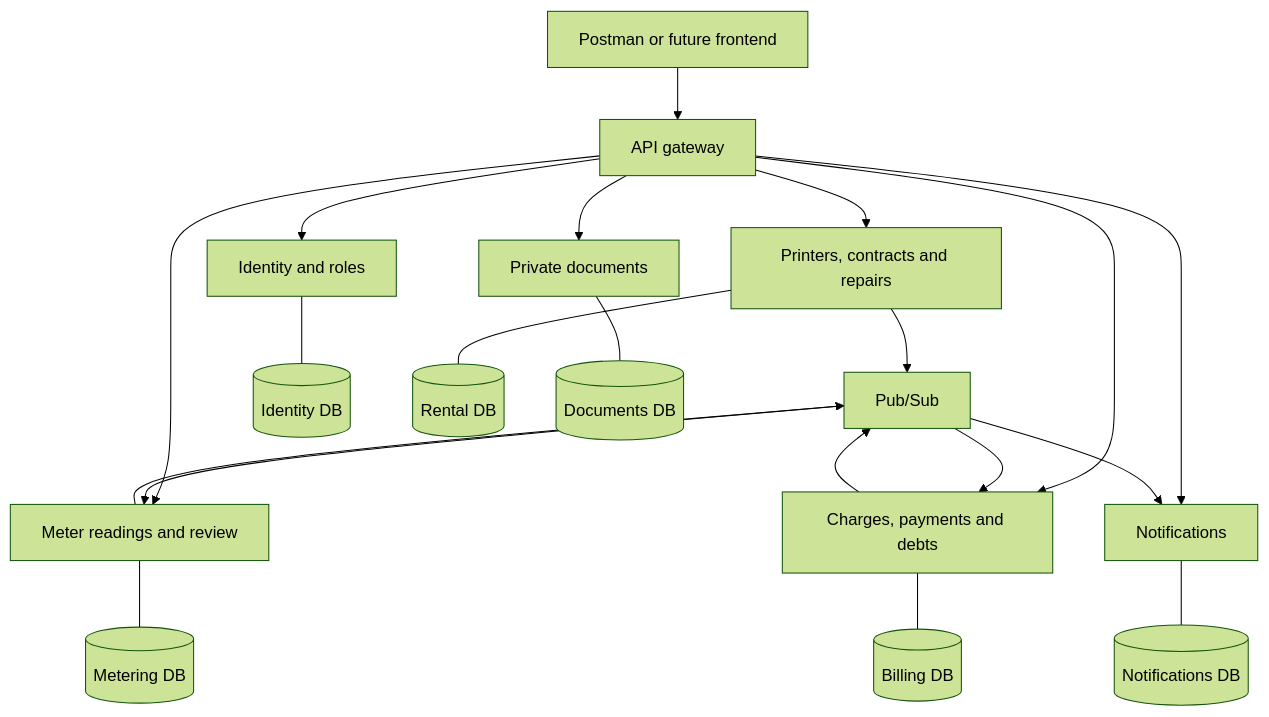
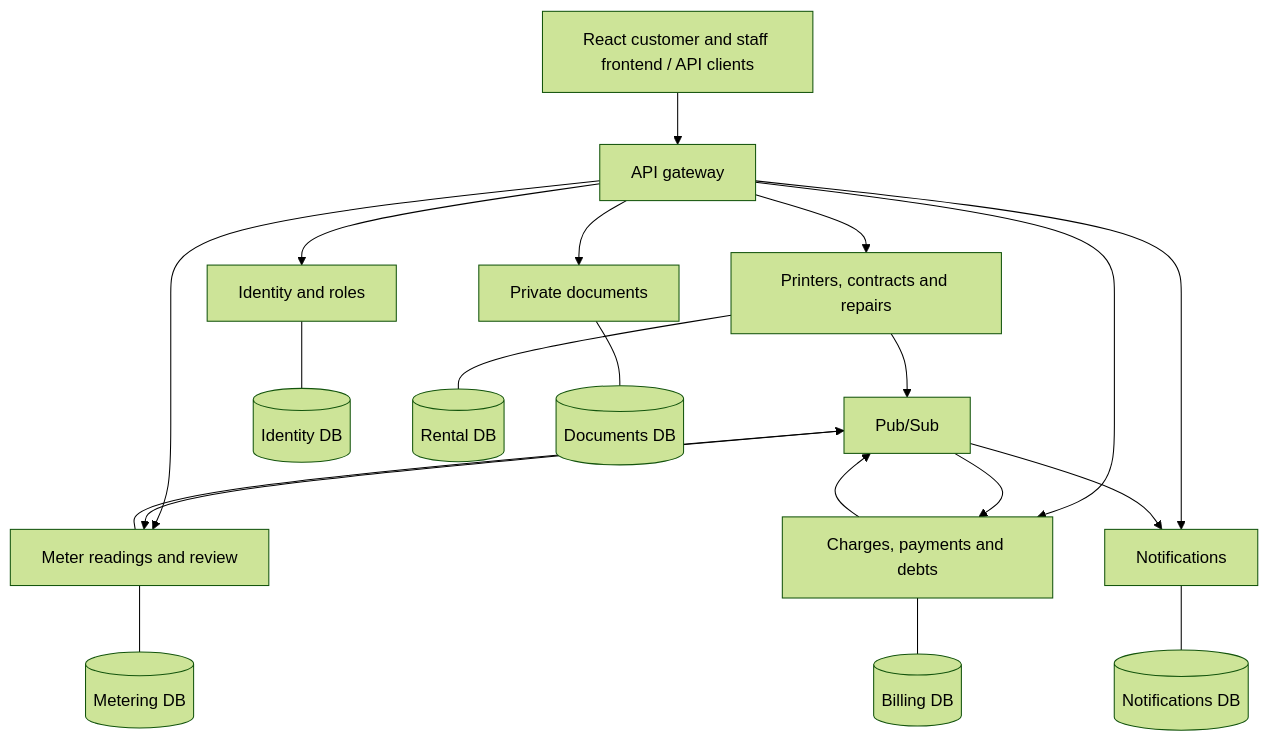
One commit to Printerrenta/PSI-BE-public changed the diagram in README.md. Above: the diagram before and after it, drawn with Mermaid (forest theme). The commit also changed other lines of this file and 1 other file, not shown here.

````diff
--- a/README.md
+++ b/README.md
@@ -18,22 +21,22 @@
 ```mermaid
 flowchart TB
-  Client[Postman or future frontend] --> Gateway[API gateway]
+  Client[React customer and staff frontend / API clients] --> Gateway[API gateway]
   Gateway --> Identity[Identity and roles]
   Gateway --> Rental[Printers, contracts and repairs]
   Gateway --> Documents[Private documents]
   Gateway --> Metering[Meter readings and review]
   Gateway --> Billing[Charges, payments and debts]
   Gateway --> Notifications[Notifications]
   Rental --> Broker[Pub/Sub]
   Metering --> Broker
   Billing --> Broker
   Broker --> Metering
   Broker --> Billing
   Broker --> Notifications
   Identity --- Idb[(Identity DB)]
   Rental --- Rdb[(Rental DB)]
   Documents --- Ddb[(Documents DB)]
   Metering --- Mdb[(Metering DB)]
   Billing --- Bdb[(Billing DB)]
   Notifications --- Ndb[(Notifications DB)]
 ```
````
